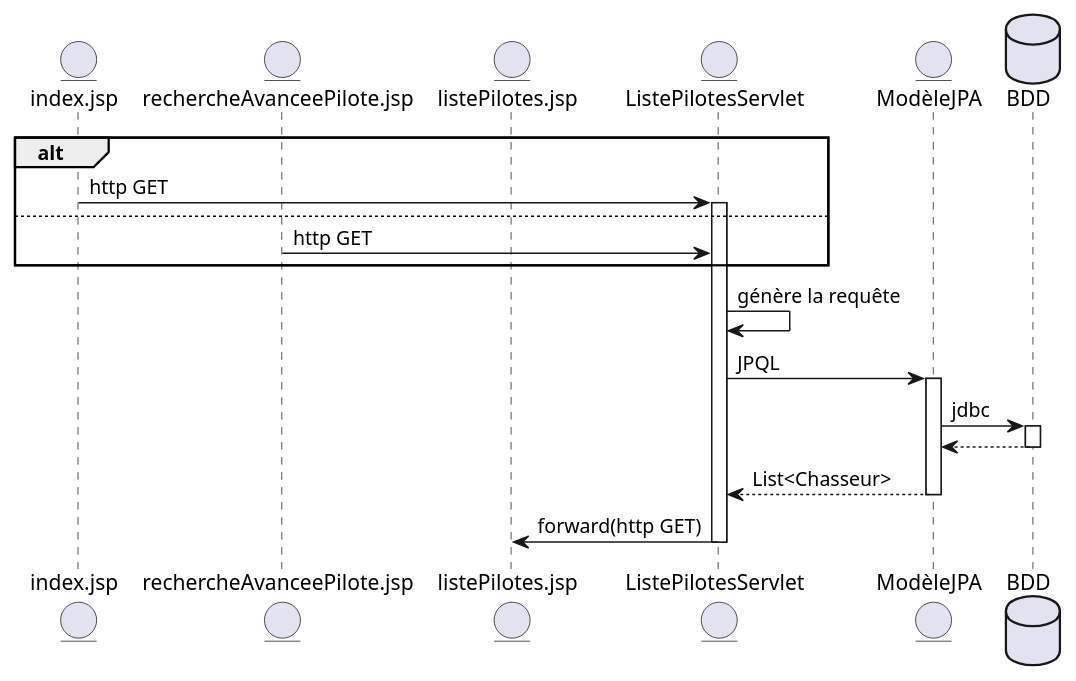
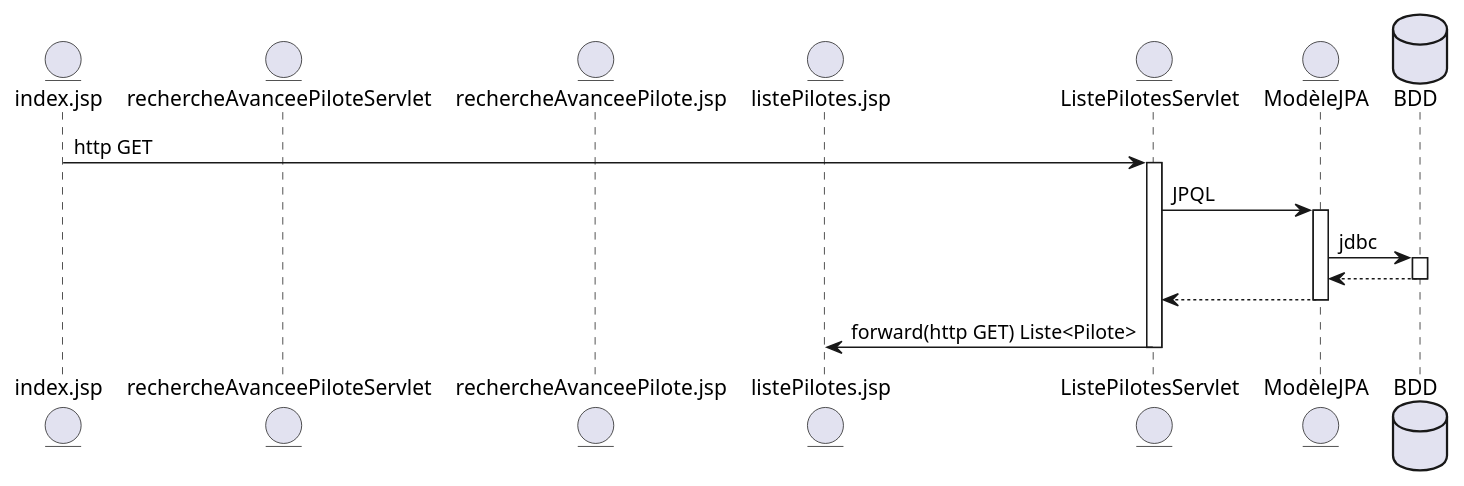
One commit to roquesfr/Star-Wars changed the diagram in Diagrammes/PlantUml/listePilotes.plantuml. Above: the diagram before and after it, drawn with PlantUML. The commit also changed 2 other files, not shown here.

Commit message:
diagramme de séquence pour liste pilotes

```diff
--- a/Diagrammes/PlantUml/listePilotes.plantuml
+++ b/Diagrammes/PlantUml/listePilotes.plantuml
@@ -1,25 +1,23 @@
 @startuml Liste Pilotes
 entity index.jsp
-entity rechercheAvanceePilote.jsp
+entity rechercheAvanceePiloteServlet as RAPS
+entity rechercheAvanceePilote.jsp as rap
 entity listePilotes.jsp
 entity ListePilotesServlet as LPS
 entity ModèleJPA
 database BDD
-alt
+
   index.jsp -> LPS: http GET
   activate LPS
-else
-  rechercheAvanceePilote.jsp -> LPS: http GET
-end
-LPS -> LPS: génère la requête
-LPS -> ModèleJPA: JPQL
-activate ModèleJPA
-ModèleJPA -> BDD: jdbc
-activate BDD
-BDD --> ModèleJPA
-deactivate BDD
-ModèleJPA --> LPS: List<Chasseur>
-deactivate ModèleJPA
-LPS -> listePilotes.jsp: forward(http GET)
+  LPS -> ModèleJPA: JPQL
+  activate ModèleJPA
+  ModèleJPA -> BDD: jdbc
+  activate BDD
+  BDD --> ModèleJPA
+  deactivate BDD
+  ModèleJPA --> LPS
+  deactivate ModèleJPA
+
+LPS -> listePilotes.jsp: forward(http GET) Liste<Pilote>
 deactivate LPS
 @enduml
```
